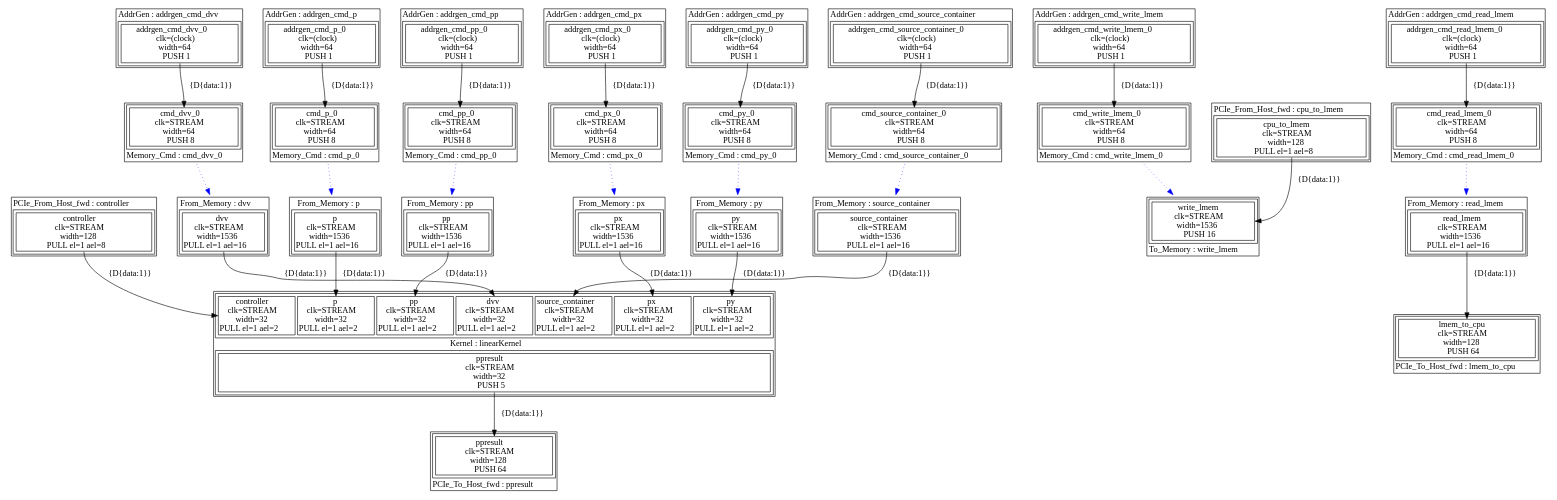
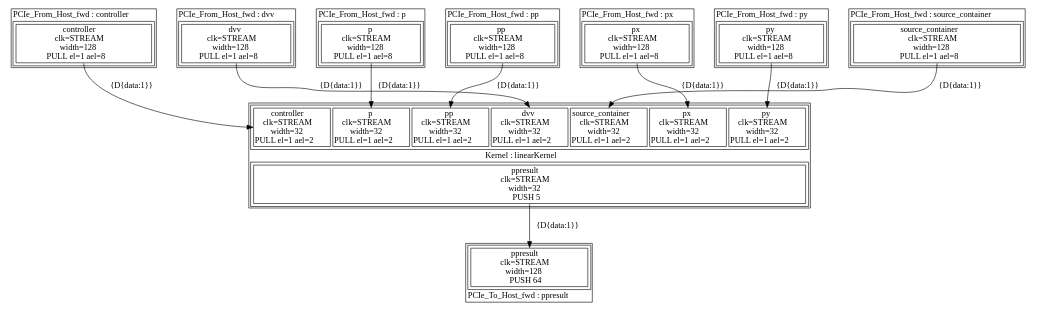
One commit to 3nric000/MaxelerRTM changed the diagram in RTM_3/RunRules/Simulation/maxfiles/CpuMain_VECTIS_DFE_SIM/scratch/Manager_CpuMain_schedstall.dot. Above: the diagram before and after it, drawn with Graphviz. The commit also changed 477 other files, not shown here.

```diff
--- a/RTM_3/RunRules/Simulation/maxfiles/CpuMain_VECTIS_DFE_SIM/scratch/Manager_CpuMain_schedstall.dot
+++ b/RTM_3/RunRules/Simulation/maxfiles/CpuMain_VECTIS_DFE_SIM/scratch/Manager_CpuMain_schedstall.dot
@@ -1,57 +1,19 @@
 digraph manager_compiler_graph {
 linearKernel[shape=plaintext, label=<<TABLE  BORDER="1" CELLPADDING="1" CELLSPACING="1"><TR><TD BGCOLOR="white" BORDER="0" PORT="inputs" ROWSPAN="1" COLSPAN="1"><TABLE  BORDER="1" CELLPADDING="1" CELLSPACING="4"><TR><TD BGCOLOR="white" BORDER="1" PORT="controller" ROWSPAN="1" COLSPAN="1">controller<BR/>clk=STREAM<BR/>width=32<BR/>PULL el=1 ael=2</TD><TD BGCOLOR="white" BORDER="1" PORT="p" ROWSPAN="1" COLSPAN="1">p<BR/>clk=STREAM<BR/>width=32<BR/>PULL el=1 ael=2</TD><TD BGCOLOR="white" BORDER="1" PORT="pp" ROWSPAN="1" COLSPAN="1">pp<BR/>clk=STREAM<BR/>width=32<BR/>PULL el=1 ael=2</TD><TD BGCOLOR="white" BORDER="1" PORT="dvv" ROWSPAN="1" COLSPAN="1">dvv<BR/>clk=STREAM<BR/>width=32<BR/>PULL el=1 ael=2</TD><TD BGCOLOR="white" BORDER="1" PORT="source_container" ROWSPAN="1" COLSPAN="1">source_container<BR/>clk=STREAM<BR/>width=32<BR/>PULL el=1 ael=2</TD><TD BGCOLOR="white" BORDER="1" PORT="px" ROWSPAN="1" COLSPAN="1">px<BR/>clk=STREAM<BR/>width=32<BR/>PULL el=1 ael=2</TD><TD BGCOLOR="white" BORDER="1" PORT="py" ROWSPAN="1" COLSPAN="1">py<BR/>clk=STREAM<BR/>width=32<BR/>PULL el=1 ael=2</TD></TR></TABLE></TD></TR><TR><TD BGCOLOR="white" BORDER="0" PORT="node_info" ROWSPAN="1" COLSPAN="1">Kernel : linearKernel</TD></TR><TR><TD BGCOLOR="white" BORDER="0" PORT="outputs" ROWSPAN="1" COLSPAN="1"><TABLE  BORDER="1" CELLPADDING="1" CELLSPACING="4"><TR><TD BGCOLOR="white" BORDER="1" PORT="ppresult" ROWSPAN="1" COLSPAN="1">ppresult<BR/>clk=STREAM<BR/>width=32<BR/>PUSH 5</TD></TR></TABLE></TD></TR></TABLE>>];
-cpu_to_lmem[shape=plaintext, label=<<TABLE  BORDER="1" CELLPADDING="1" CELLSPACING="1"><TR><TD BGCOLOR="white" BORDER="0" PORT="node_info" ROWSPAN="1" COLSPAN="1">PCIe_From_Host_fwd : cpu_to_lmem</TD></TR><TR><TD BGCOLOR="white" BORDER="0" PORT="outputs" ROWSPAN="1" COLSPAN="1"><TABLE  BORDER="1" CELLPADDING="1" CELLSPACING="4"><TR><TD BGCOLOR="white" BORDER="1" PORT="cpu_to_lmem" ROWSPAN="1" COLSPAN="1">cpu_to_lmem<BR/>clk=STREAM<BR/>width=128<BR/>PULL el=1 ael=8</TD></TR></TABLE></TD></TR></TABLE>>];
-lmem_to_cpu[shape=plaintext, label=<<TABLE  BORDER="1" CELLPADDING="1" CELLSPACING="1"><TR><TD BGCOLOR="white" BORDER="0" PORT="inputs" ROWSPAN="1" COLSPAN="1"><TABLE  BORDER="1" CELLPADDING="1" CELLSPACING="4"><TR><TD BGCOLOR="white" BORDER="1" PORT="lmem_to_cpu" ROWSPAN="1" COLSPAN="1">lmem_to_cpu<BR/>clk=STREAM<BR/>width=128<BR/>PUSH 64</TD></TR></TABLE></TD></TR><TR><TD BGCOLOR="white" BORDER="0" PORT="node_info" ROWSPAN="1" COLSPAN="1">PCIe_To_Host_fwd : lmem_to_cpu</TD></TR></TABLE>>];
-addrgen_cmd_write_lmem[shape=plaintext, label=<<TABLE  BORDER="1" CELLPADDING="1" CELLSPACING="1"><TR><TD BGCOLOR="white" BORDER="0" PORT="node_info" ROWSPAN="1" COLSPAN="1">AddrGen : addrgen_cmd_write_lmem</TD></TR><TR><TD BGCOLOR="white" BORDER="0" PORT="outputs" ROWSPAN="1" COLSPAN="1"><TABLE  BORDER="1" CELLPADDING="1" CELLSPACING="4"><TR><TD BGCOLOR="white" BORDER="1" PORT="addrgen_cmd_write_lmem_0" ROWSPAN="1" COLSPAN="1">addrgen_cmd_write_lmem_0<BR/>clk=(clock)<BR/>width=64<BR/>PUSH 1</TD></TR></TABLE></TD></TR></TABLE>>];
-cmd_write_lmem_0[shape=plaintext, label=<<TABLE  BORDER="1" CELLPADDING="1" CELLSPACING="1"><TR><TD BGCOLOR="white" BORDER="0" PORT="inputs" ROWSPAN="1" COLSPAN="1"><TABLE  BORDER="1" CELLPADDING="1" CELLSPACING="4"><TR><TD BGCOLOR="white" BORDER="1" PORT="cmd_write_lmem_0" ROWSPAN="1" COLSPAN="1">cmd_write_lmem_0<BR/>clk=STREAM<BR/>width=64<BR/>PUSH 8</TD></TR></TABLE></TD></TR><TR><TD BGCOLOR="white" BORDER="0" PORT="node_info" ROWSPAN="1" COLSPAN="1">Memory_Cmd : cmd_write_lmem_0</TD></TR></TABLE>>];
-write_lmem[shape=plaintext, label=<<TABLE  BORDER="1" CELLPADDING="1" CELLSPACING="1"><TR><TD BGCOLOR="white" BORDER="0" PORT="inputs" ROWSPAN="1" COLSPAN="1"><TABLE  BORDER="1" CELLPADDING="1" CELLSPACING="4"><TR><TD BGCOLOR="white" BORDER="1" PORT="write_lmem" ROWSPAN="1" COLSPAN="1">write_lmem<BR/>clk=STREAM<BR/>width=1536<BR/>PUSH 16</TD></TR></TABLE></TD></TR><TR><TD BGCOLOR="white" BORDER="0" PORT="node_info" ROWSPAN="1" COLSPAN="1">To_Memory : write_lmem</TD></TR></TABLE>>];
-addrgen_cmd_read_lmem[shape=plaintext, label=<<TABLE  BORDER="1" CELLPADDING="1" CELLSPACING="1"><TR><TD BGCOLOR="white" BORDER="0" PORT="node_info" ROWSPAN="1" COLSPAN="1">AddrGen : addrgen_cmd_read_lmem</TD></TR><TR><TD BGCOLOR="white" BORDER="0" PORT="outputs" ROWSPAN="1" COLSPAN="1"><TABLE  BORDER="1" CELLPADDING="1" CELLSPACING="4"><TR><TD BGCOLOR="white" BORDER="1" PORT="addrgen_cmd_read_lmem_0" ROWSPAN="1" COLSPAN="1">addrgen_cmd_read_lmem_0<BR/>clk=(clock)<BR/>width=64<BR/>PUSH 1</TD></TR></TABLE></TD></TR></TABLE>>];
-cmd_read_lmem_0[shape=plaintext, label=<<TABLE  BORDER="1" CELLPADDING="1" CELLSPACING="1"><TR><TD BGCOLOR="white" BORDER="0" PORT="inputs" ROWSPAN="1" COLSPAN="1"><TABLE  BORDER="1" CELLPADDING="1" CELLSPACING="4"><TR><TD BGCOLOR="white" BORDER="1" PORT="cmd_read_lmem_0" ROWSPAN="1" COLSPAN="1">cmd_read_lmem_0<BR/>clk=STREAM<BR/>width=64<BR/>PUSH 8</TD></TR></TABLE></TD></TR><TR><TD BGCOLOR="white" BORDER="0" PORT="node_info" ROWSPAN="1" COLSPAN="1">Memory_Cmd : cmd_read_lmem_0</TD></TR></TABLE>>];
-read_lmem[shape=plaintext, label=<<TABLE  BORDER="1" CELLPADDING="1" CELLSPACING="1"><TR><TD BGCOLOR="white" BORDER="0" PORT="node_info" ROWSPAN="1" COLSPAN="1">From_Memory : read_lmem</TD></TR><TR><TD BGCOLOR="white" BORDER="0" PORT="outputs" ROWSPAN="1" COLSPAN="1"><TABLE  BORDER="1" CELLPADDING="1" CELLSPACING="4"><TR><TD BGCOLOR="white" BORDER="1" PORT="read_lmem" ROWSPAN="1" COLSPAN="1">read_lmem<BR/>clk=STREAM<BR/>width=1536<BR/>PULL el=1 ael=16</TD></TR></TABLE></TD></TR></TABLE>>];
 controller[shape=plaintext, label=<<TABLE  BORDER="1" CELLPADDING="1" CELLSPACING="1"><TR><TD BGCOLOR="white" BORDER="0" PORT="node_info" ROWSPAN="1" COLSPAN="1">PCIe_From_Host_fwd : controller</TD></TR><TR><TD BGCOLOR="white" BORDER="0" PORT="outputs" ROWSPAN="1" COLSPAN="1"><TABLE  BORDER="1" CELLPADDING="1" CELLSPACING="4"><TR><TD BGCOLOR="white" BORDER="1" PORT="controller" ROWSPAN="1" COLSPAN="1">controller<BR/>clk=STREAM<BR/>width=128<BR/>PULL el=1 ael=8</TD></TR></TABLE></TD></TR></TABLE>>];
-addrgen_cmd_dvv[shape=plaintext, label=<<TABLE  BORDER="1" CELLPADDING="1" CELLSPACING="1"><TR><TD BGCOLOR="white" BORDER="0" PORT="node_info" ROWSPAN="1" COLSPAN="1">AddrGen : addrgen_cmd_dvv</TD></TR><TR><TD BGCOLOR="white" BORDER="0" PORT="outputs" ROWSPAN="1" COLSPAN="1"><TABLE  BORDER="1" CELLPADDING="1" CELLSPACING="4"><TR><TD BGCOLOR="white" BORDER="1" PORT="addrgen_cmd_dvv_0" ROWSPAN="1" COLSPAN="1">addrgen_cmd_dvv_0<BR/>clk=(clock)<BR/>width=64<BR/>PUSH 1</TD></TR></TABLE></TD></TR></TABLE>>];
-cmd_dvv_0[shape=plaintext, label=<<TABLE  BORDER="1" CELLPADDING="1" CELLSPACING="1"><TR><TD BGCOLOR="white" BORDER="0" PORT="inputs" ROWSPAN="1" COLSPAN="1"><TABLE  BORDER="1" CELLPADDING="1" CELLSPACING="4"><TR><TD BGCOLOR="white" BORDER="1" PORT="cmd_dvv_0" ROWSPAN="1" COLSPAN="1">cmd_dvv_0<BR/>clk=STREAM<BR/>width=64<BR/>PUSH 8</TD></TR></TABLE></TD></TR><TR><TD BGCOLOR="white" BORDER="0" PORT="node_info" ROWSPAN="1" COLSPAN="1">Memory_Cmd : cmd_dvv_0</TD></TR></TABLE>>];
-dvv[shape=plaintext, label=<<TABLE  BORDER="1" CELLPADDING="1" CELLSPACING="1"><TR><TD BGCOLOR="white" BORDER="0" PORT="node_info" ROWSPAN="1" COLSPAN="1">From_Memory : dvv</TD></TR><TR><TD BGCOLOR="white" BORDER="0" PORT="outputs" ROWSPAN="1" COLSPAN="1"><TABLE  BORDER="1" CELLPADDING="1" CELLSPACING="4"><TR><TD BGCOLOR="white" BORDER="1" PORT="dvv" ROWSPAN="1" COLSPAN="1">dvv<BR/>clk=STREAM<BR/>width=1536<BR/>PULL el=1 ael=16</TD></TR></TABLE></TD></TR></TABLE>>];
-addrgen_cmd_p[shape=plaintext, label=<<TABLE  BORDER="1" CELLPADDING="1" CELLSPACING="1"><TR><TD BGCOLOR="white" BORDER="0" PORT="node_info" ROWSPAN="1" COLSPAN="1">AddrGen : addrgen_cmd_p</TD></TR><TR><TD BGCOLOR="white" BORDER="0" PORT="outputs" ROWSPAN="1" COLSPAN="1"><TABLE  BORDER="1" CELLPADDING="1" CELLSPACING="4"><TR><TD BGCOLOR="white" BORDER="1" PORT="addrgen_cmd_p_0" ROWSPAN="1" COLSPAN="1">addrgen_cmd_p_0<BR/>clk=(clock)<BR/>width=64<BR/>PUSH 1</TD></TR></TABLE></TD></TR></TABLE>>];
-cmd_p_0[shape=plaintext, label=<<TABLE  BORDER="1" CELLPADDING="1" CELLSPACING="1"><TR><TD BGCOLOR="white" BORDER="0" PORT="inputs" ROWSPAN="1" COLSPAN="1"><TABLE  BORDER="1" CELLPADDING="1" CELLSPACING="4"><TR><TD BGCOLOR="white" BORDER="1" PORT="cmd_p_0" ROWSPAN="1" COLSPAN="1">cmd_p_0<BR/>clk=STREAM<BR/>width=64<BR/>PUSH 8</TD></TR></TABLE></TD></TR><TR><TD BGCOLOR="white" BORDER="0" PORT="node_info" ROWSPAN="1" COLSPAN="1">Memory_Cmd : cmd_p_0</TD></TR></TABLE>>];
-p[shape=plaintext, label=<<TABLE  BORDER="1" CELLPADDING="1" CELLSPACING="1"><TR><TD BGCOLOR="white" BORDER="0" PORT="node_info" ROWSPAN="1" COLSPAN="1">From_Memory : p</TD></TR><TR><TD BGCOLOR="white" BORDER="0" PORT="outputs" ROWSPAN="1" COLSPAN="1"><TABLE  BORDER="1" CELLPADDING="1" CELLSPACING="4"><TR><TD BGCOLOR="white" BORDER="1" PORT="p" ROWSPAN="1" COLSPAN="1">p<BR/>clk=STREAM<BR/>width=1536<BR/>PULL el=1 ael=16</TD></TR></TABLE></TD></TR></TABLE>>];
-addrgen_cmd_pp[shape=plaintext, label=<<TABLE  BORDER="1" CELLPADDING="1" CELLSPACING="1"><TR><TD BGCOLOR="white" BORDER="0" PORT="node_info" ROWSPAN="1" COLSPAN="1">AddrGen : addrgen_cmd_pp</TD></TR><TR><TD BGCOLOR="white" BORDER="0" PORT="outputs" ROWSPAN="1" COLSPAN="1"><TABLE  BORDER="1" CELLPADDING="1" CELLSPACING="4"><TR><TD BGCOLOR="white" BORDER="1" PORT="addrgen_cmd_pp_0" ROWSPAN="1" COLSPAN="1">addrgen_cmd_pp_0<BR/>clk=(clock)<BR/>width=64<BR/>PUSH 1</TD></TR></TABLE></TD></TR></TABLE>>];
-cmd_pp_0[shape=plaintext, label=<<TABLE  BORDER="1" CELLPADDING="1" CELLSPACING="1"><TR><TD BGCOLOR="white" BORDER="0" PORT="inputs" ROWSPAN="1" COLSPAN="1"><TABLE  BORDER="1" CELLPADDING="1" CELLSPACING="4"><TR><TD BGCOLOR="white" BORDER="1" PORT="cmd_pp_0" ROWSPAN="1" COLSPAN="1">cmd_pp_0<BR/>clk=STREAM<BR/>width=64<BR/>PUSH 8</TD></TR></TABLE></TD></TR><TR><TD BGCOLOR="white" BORDER="0" PORT="node_info" ROWSPAN="1" COLSPAN="1">Memory_Cmd : cmd_pp_0</TD></TR></TABLE>>];
-pp[shape=plaintext, label=<<TABLE  BORDER="1" CELLPADDING="1" CELLSPACING="1"><TR><TD BGCOLOR="white" BORDER="0" PORT="node_info" ROWSPAN="1" COLSPAN="1">From_Memory : pp</TD></TR><TR><TD BGCOLOR="white" BORDER="0" PORT="outputs" ROWSPAN="1" COLSPAN="1"><TABLE  BORDER="1" CELLPADDING="1" CELLSPACING="4"><TR><TD BGCOLOR="white" BORDER="1" PORT="pp" ROWSPAN="1" COLSPAN="1">pp<BR/>clk=STREAM<BR/>width=1536<BR/>PULL el=1 ael=16</TD></TR></TABLE></TD></TR></TABLE>>];
-addrgen_cmd_px[shape=plaintext, label=<<TABLE  BORDER="1" CELLPADDING="1" CELLSPACING="1"><TR><TD BGCOLOR="white" BORDER="0" PORT="node_info" ROWSPAN="1" COLSPAN="1">AddrGen : addrgen_cmd_px</TD></TR><TR><TD BGCOLOR="white" BORDER="0" PORT="outputs" ROWSPAN="1" COLSPAN="1"><TABLE  BORDER="1" CELLPADDING="1" CELLSPACING="4"><TR><TD BGCOLOR="white" BORDER="1" PORT="addrgen_cmd_px_0" ROWSPAN="1" COLSPAN="1">addrgen_cmd_px_0<BR/>clk=(clock)<BR/>width=64<BR/>PUSH 1</TD></TR></TABLE></TD></TR></TABLE>>];
-cmd_px_0[shape=plaintext, label=<<TABLE  BORDER="1" CELLPADDING="1" CELLSPACING="1"><TR><TD BGCOLOR="white" BORDER="0" PORT="inputs" ROWSPAN="1" COLSPAN="1"><TABLE  BORDER="1" CELLPADDING="1" CELLSPACING="4"><TR><TD BGCOLOR="white" BORDER="1" PORT="cmd_px_0" ROWSPAN="1" COLSPAN="1">cmd_px_0<BR/>clk=STREAM<BR/>width=64<BR/>PUSH 8</TD></TR></TABLE></TD></TR><TR><TD BGCOLOR="white" BORDER="0" PORT="node_info" ROWSPAN="1" COLSPAN="1">Memory_Cmd : cmd_px_0</TD></TR></TABLE>>];
-px[shape=plaintext, label=<<TABLE  BORDER="1" CELLPADDING="1" CELLSPACING="1"><TR><TD BGCOLOR="white" BORDER="0" PORT="node_info" ROWSPAN="1" COLSPAN="1">From_Memory : px</TD></TR><TR><TD BGCOLOR="white" BORDER="0" PORT="outputs" ROWSPAN="1" COLSPAN="1"><TABLE  BORDER="1" CELLPADDING="1" CELLSPACING="4"><TR><TD BGCOLOR="white" BORDER="1" PORT="px" ROWSPAN="1" COLSPAN="1">px<BR/>clk=STREAM<BR/>width=1536<BR/>PULL el=1 ael=16</TD></TR></TABLE></TD></TR></TABLE>>];
-addrgen_cmd_py[shape=plaintext, label=<<TABLE  BORDER="1" CELLPADDING="1" CELLSPACING="1"><TR><TD BGCOLOR="white" BORDER="0" PORT="node_info" ROWSPAN="1" COLSPAN="1">AddrGen : addrgen_cmd_py</TD></TR><TR><TD BGCOLOR="white" BORDER="0" PORT="outputs" ROWSPAN="1" COLSPAN="1"><TABLE  BORDER="1" CELLPADDING="1" CELLSPACING="4"><TR><TD BGCOLOR="white" BORDER="1" PORT="addrgen_cmd_py_0" ROWSPAN="1" COLSPAN="1">addrgen_cmd_py_0<BR/>clk=(clock)<BR/>width=64<BR/>PUSH 1</TD></TR></TABLE></TD></TR></TABLE>>];
-cmd_py_0[shape=plaintext, label=<<TABLE  BORDER="1" CELLPADDING="1" CELLSPACING="1"><TR><TD BGCOLOR="white" BORDER="0" PORT="inputs" ROWSPAN="1" COLSPAN="1"><TABLE  BORDER="1" CELLPADDING="1" CELLSPACING="4"><TR><TD BGCOLOR="white" BORDER="1" PORT="cmd_py_0" ROWSPAN="1" COLSPAN="1">cmd_py_0<BR/>clk=STREAM<BR/>width=64<BR/>PUSH 8</TD></TR></TABLE></TD></TR><TR><TD BGCOLOR="white" BORDER="0" PORT="node_info" ROWSPAN="1" COLSPAN="1">Memory_Cmd : cmd_py_0</TD></TR></TABLE>>];
-py[shape=plaintext, label=<<TABLE  BORDER="1" CELLPADDING="1" CELLSPACING="1"><TR><TD BGCOLOR="white" BORDER="0" PORT="node_info" ROWSPAN="1" COLSPAN="1">From_Memory : py</TD></TR><TR><TD BGCOLOR="white" BORDER="0" PORT="outputs" ROWSPAN="1" COLSPAN="1"><TABLE  BORDER="1" CELLPADDING="1" CELLSPACING="4"><TR><TD BGCOLOR="white" BORDER="1" PORT="py" ROWSPAN="1" COLSPAN="1">py<BR/>clk=STREAM<BR/>width=1536<BR/>PULL el=1 ael=16</TD></TR></TABLE></TD></TR></TABLE>>];
-addrgen_cmd_source_container[shape=plaintext, label=<<TABLE  BORDER="1" CELLPADDING="1" CELLSPACING="1"><TR><TD BGCOLOR="white" BORDER="0" PORT="node_info" ROWSPAN="1" COLSPAN="1">AddrGen : addrgen_cmd_source_container</TD></TR><TR><TD BGCOLOR="white" BORDER="0" PORT="outputs" ROWSPAN="1" COLSPAN="1"><TABLE  BORDER="1" CELLPADDING="1" CELLSPACING="4"><TR><TD BGCOLOR="white" BORDER="1" PORT="addrgen_cmd_source_container_0" ROWSPAN="1" COLSPAN="1">addrgen_cmd_source_container_0<BR/>clk=(clock)<BR/>width=64<BR/>PUSH 1</TD></TR></TABLE></TD></TR></TABLE>>];
-cmd_source_container_0[shape=plaintext, label=<<TABLE  BORDER="1" CELLPADDING="1" CELLSPACING="1"><TR><TD BGCOLOR="white" BORDER="0" PORT="inputs" ROWSPAN="1" COLSPAN="1"><TABLE  BORDER="1" CELLPADDING="1" CELLSPACING="4"><TR><TD BGCOLOR="white" BORDER="1" PORT="cmd_source_container_0" ROWSPAN="1" COLSPAN="1">cmd_source_container_0<BR/>clk=STREAM<BR/>width=64<BR/>PUSH 8</TD></TR></TABLE></TD></TR><TR><TD BGCOLOR="white" BORDER="0" PORT="node_info" ROWSPAN="1" COLSPAN="1">Memory_Cmd : cmd_source_container_0</TD></TR></TABLE>>];
-source_container[shape=plaintext, label=<<TABLE  BORDER="1" CELLPADDING="1" CELLSPACING="1"><TR><TD BGCOLOR="white" BORDER="0" PORT="node_info" ROWSPAN="1" COLSPAN="1">From_Memory : source_container</TD></TR><TR><TD BGCOLOR="white" BORDER="0" PORT="outputs" ROWSPAN="1" COLSPAN="1"><TABLE  BORDER="1" CELLPADDING="1" CELLSPACING="4"><TR><TD BGCOLOR="white" BORDER="1" PORT="source_container" ROWSPAN="1" COLSPAN="1">source_container<BR/>clk=STREAM<BR/>width=1536<BR/>PULL el=1 ael=16</TD></TR></TABLE></TD></TR></TABLE>>];
+dvv[shape=plaintext, label=<<TABLE  BORDER="1" CELLPADDING="1" CELLSPACING="1"><TR><TD BGCOLOR="white" BORDER="0" PORT="node_info" ROWSPAN="1" COLSPAN="1">PCIe_From_Host_fwd : dvv</TD></TR><TR><TD BGCOLOR="white" BORDER="0" PORT="outputs" ROWSPAN="1" COLSPAN="1"><TABLE  BORDER="1" CELLPADDING="1" CELLSPACING="4"><TR><TD BGCOLOR="white" BORDER="1" PORT="dvv" ROWSPAN="1" COLSPAN="1">dvv<BR/>clk=STREAM<BR/>width=128<BR/>PULL el=1 ael=8</TD></TR></TABLE></TD></TR></TABLE>>];
+p[shape=plaintext, label=<<TABLE  BORDER="1" CELLPADDING="1" CELLSPACING="1"><TR><TD BGCOLOR="white" BORDER="0" PORT="node_info" ROWSPAN="1" COLSPAN="1">PCIe_From_Host_fwd : p</TD></TR><TR><TD BGCOLOR="white" BORDER="0" PORT="outputs" ROWSPAN="1" COLSPAN="1"><TABLE  BORDER="1" CELLPADDING="1" CELLSPACING="4"><TR><TD BGCOLOR="white" BORDER="1" PORT="p" ROWSPAN="1" COLSPAN="1">p<BR/>clk=STREAM<BR/>width=128<BR/>PULL el=1 ael=8</TD></TR></TABLE></TD></TR></TABLE>>];
+pp[shape=plaintext, label=<<TABLE  BORDER="1" CELLPADDING="1" CELLSPACING="1"><TR><TD BGCOLOR="white" BORDER="0" PORT="node_info" ROWSPAN="1" COLSPAN="1">PCIe_From_Host_fwd : pp</TD></TR><TR><TD BGCOLOR="white" BORDER="0" PORT="outputs" ROWSPAN="1" COLSPAN="1"><TABLE  BORDER="1" CELLPADDING="1" CELLSPACING="4"><TR><TD BGCOLOR="white" BORDER="1" PORT="pp" ROWSPAN="1" COLSPAN="1">pp<BR/>clk=STREAM<BR/>width=128<BR/>PULL el=1 ael=8</TD></TR></TABLE></TD></TR></TABLE>>];
+px[shape=plaintext, label=<<TABLE  BORDER="1" CELLPADDING="1" CELLSPACING="1"><TR><TD BGCOLOR="white" BORDER="0" PORT="node_info" ROWSPAN="1" COLSPAN="1">PCIe_From_Host_fwd : px</TD></TR><TR><TD BGCOLOR="white" BORDER="0" PORT="outputs" ROWSPAN="1" COLSPAN="1"><TABLE  BORDER="1" CELLPADDING="1" CELLSPACING="4"><TR><TD BGCOLOR="white" BORDER="1" PORT="px" ROWSPAN="1" COLSPAN="1">px<BR/>clk=STREAM<BR/>width=128<BR/>PULL el=1 ael=8</TD></TR></TABLE></TD></TR></TABLE>>];
+py[shape=plaintext, label=<<TABLE  BORDER="1" CELLPADDING="1" CELLSPACING="1"><TR><TD BGCOLOR="white" BORDER="0" PORT="node_info" ROWSPAN="1" COLSPAN="1">PCIe_From_Host_fwd : py</TD></TR><TR><TD BGCOLOR="white" BORDER="0" PORT="outputs" ROWSPAN="1" COLSPAN="1"><TABLE  BORDER="1" CELLPADDING="1" CELLSPACING="4"><TR><TD BGCOLOR="white" BORDER="1" PORT="py" ROWSPAN="1" COLSPAN="1">py<BR/>clk=STREAM<BR/>width=128<BR/>PULL el=1 ael=8</TD></TR></TABLE></TD></TR></TABLE>>];
+source_container[shape=plaintext, label=<<TABLE  BORDER="1" CELLPADDING="1" CELLSPACING="1"><TR><TD BGCOLOR="white" BORDER="0" PORT="node_info" ROWSPAN="1" COLSPAN="1">PCIe_From_Host_fwd : source_container</TD></TR><TR><TD BGCOLOR="white" BORDER="0" PORT="outputs" ROWSPAN="1" COLSPAN="1"><TABLE  BORDER="1" CELLPADDING="1" CELLSPACING="4"><TR><TD BGCOLOR="white" BORDER="1" PORT="source_container" ROWSPAN="1" COLSPAN="1">source_container<BR/>clk=STREAM<BR/>width=128<BR/>PULL el=1 ael=8</TD></TR></TABLE></TD></TR></TABLE>>];
 ppresult[shape=plaintext, label=<<TABLE  BORDER="1" CELLPADDING="1" CELLSPACING="1"><TR><TD BGCOLOR="white" BORDER="0" PORT="inputs" ROWSPAN="1" COLSPAN="1"><TABLE  BORDER="1" CELLPADDING="1" CELLSPACING="4"><TR><TD BGCOLOR="white" BORDER="1" PORT="ppresult" ROWSPAN="1" COLSPAN="1">ppresult<BR/>clk=STREAM<BR/>width=128<BR/>PUSH 64</TD></TR></TABLE></TD></TR><TR><TD BGCOLOR="white" BORDER="0" PORT="node_info" ROWSPAN="1" COLSPAN="1">PCIe_To_Host_fwd : ppresult</TD></TR></TABLE>>];
-cpu_to_lmem -> write_lmem [headport="write_lmem" tailport="cpu_to_lmem" label="{D{data:1}}"]
-addrgen_cmd_write_lmem -> cmd_write_lmem_0 [headport="cmd_write_lmem_0" tailport="addrgen_cmd_write_lmem_0" label="{D{data:1}}"]
-addrgen_cmd_read_lmem -> cmd_read_lmem_0 [headport="cmd_read_lmem_0" tailport="addrgen_cmd_read_lmem_0" label="{D{data:1}}"]
-read_lmem -> lmem_to_cpu [headport="lmem_to_cpu" tailport="read_lmem" label="{D{data:1}}"]
 controller -> linearKernel [headport="controller" tailport="controller" label="{D{data:1}}"]
-addrgen_cmd_dvv -> cmd_dvv_0 [headport="cmd_dvv_0" tailport="addrgen_cmd_dvv_0" label="{D{data:1}}"]
 dvv -> linearKernel [headport="dvv" tailport="dvv" label="{D{data:1}}"]
-addrgen_cmd_p -> cmd_p_0 [headport="cmd_p_0" tailport="addrgen_cmd_p_0" label="{D{data:1}}"]
 p -> linearKernel [headport="p" tailport="p" label="{D{data:1}}"]
-addrgen_cmd_pp -> cmd_pp_0 [headport="cmd_pp_0" tailport="addrgen_cmd_pp_0" label="{D{data:1}}"]
 pp -> linearKernel [headport="pp" tailport="pp" label="{D{data:1}}"]
-addrgen_cmd_px -> cmd_px_0 [headport="cmd_px_0" tailport="addrgen_cmd_px_0" label="{D{data:1}}"]
 px -> linearKernel [headport="px" tailport="px" label="{D{data:1}}"]
-addrgen_cmd_py -> cmd_py_0 [headport="cmd_py_0" tailport="addrgen_cmd_py_0" label="{D{data:1}}"]
 py -> linearKernel [headport="py" tailport="py" label="{D{data:1}}"]
-addrgen_cmd_source_container -> cmd_source_container_0 [headport="cmd_source_container_0" tailport="addrgen_cmd_source_container_0" label="{D{data:1}}"]
 source_container -> linearKernel [headport="source_container" tailport="source_container" label="{D{data:1}}"]
 linearKernel -> ppresult [headport="ppresult" tailport="ppresult" label="{D{data:1}}"]
-cmd_write_lmem_0 -> write_lmem [color=blue style=dotted]
-cmd_read_lmem_0 -> read_lmem [color=blue style=dotted]
-cmd_dvv_0 -> dvv [color=blue style=dotted]
-cmd_p_0 -> p [color=blue style=dotted]
-cmd_pp_0 -> pp [color=blue style=dotted]
-cmd_px_0 -> px [color=blue style=dotted]
-cmd_py_0 -> py [color=blue style=dotted]
-cmd_source_container_0 -> source_container [color=blue style=dotted]
 }
```
